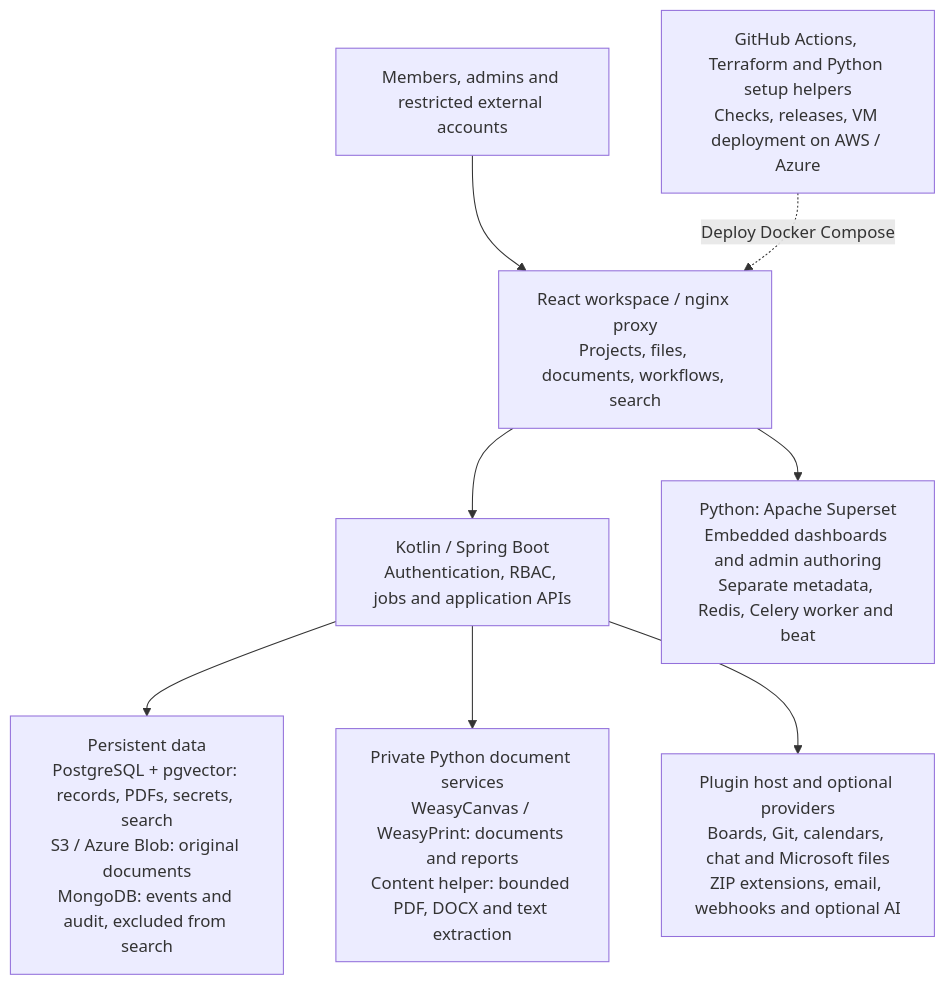
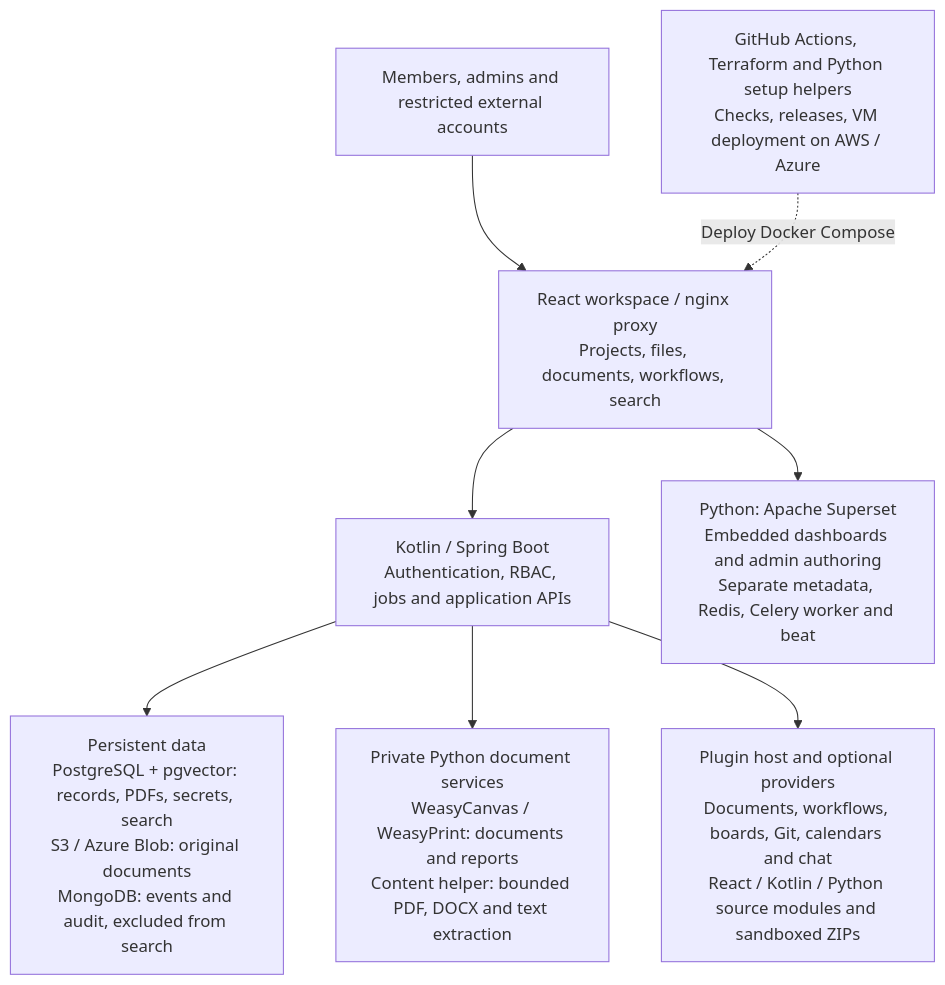
The diagram in README.md (GrahamCHill/Meshable-Ops), drawn with Mermaid before and after one commit. The commit also changed other lines of this file and 30 other files, not shown here.

````diff
--- a/README.md
+++ b/README.md
@@ -50,15 +50,15 @@
 ```mermaid
 flowchart TB
     users["Members, admins and restricted external accounts"]
     web["React workspace / nginx proxy<br/>Projects, files, documents, workflows, search"]
     api["Kotlin / Spring Boot<br/>Authentication, RBAC, jobs and application APIs"]
     state["Persistent data<br/>PostgreSQL + pgvector: records, PDFs, secrets, search<br/>S3 / Azure Blob: original documents<br/>MongoDB: events and audit, excluded from search"]
     python["Private Python document services<br/>WeasyCanvas / WeasyPrint: documents and reports<br/>Content helper: bounded PDF, DOCX and text extraction"]
-    plugins["Plugin host and optional providers<br/>Boards, Git, calendars, chat and Microsoft files<br/>ZIP extensions, email, webhooks and optional AI"]
+    plugins["Plugin host and optional providers<br/>Documents, workflows, boards, Git, calendars and chat<br/>React / Kotlin / Python source modules and sandboxed ZIPs"]
     analytics["Python: Apache Superset<br/>Embedded dashboards and admin authoring<br/>Separate metadata, Redis, Celery worker and beat"]
     ci["GitHub Actions, Terraform and Python setup helpers<br/>Checks, releases, VM deployment on AWS / Azure"]
     users --> web --> api
     web --> analytics
     api --> state & python & plugins
     ci -. "Deploy Docker Compose" .-> web
 ```
````
